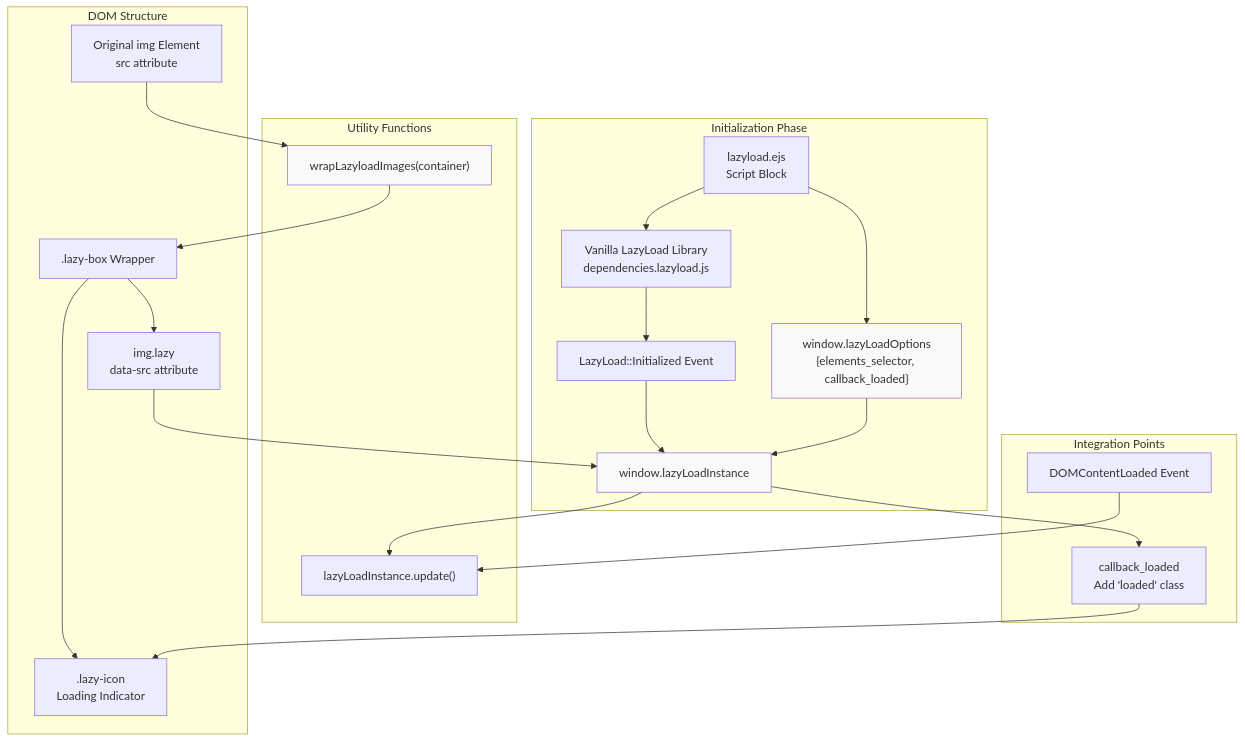
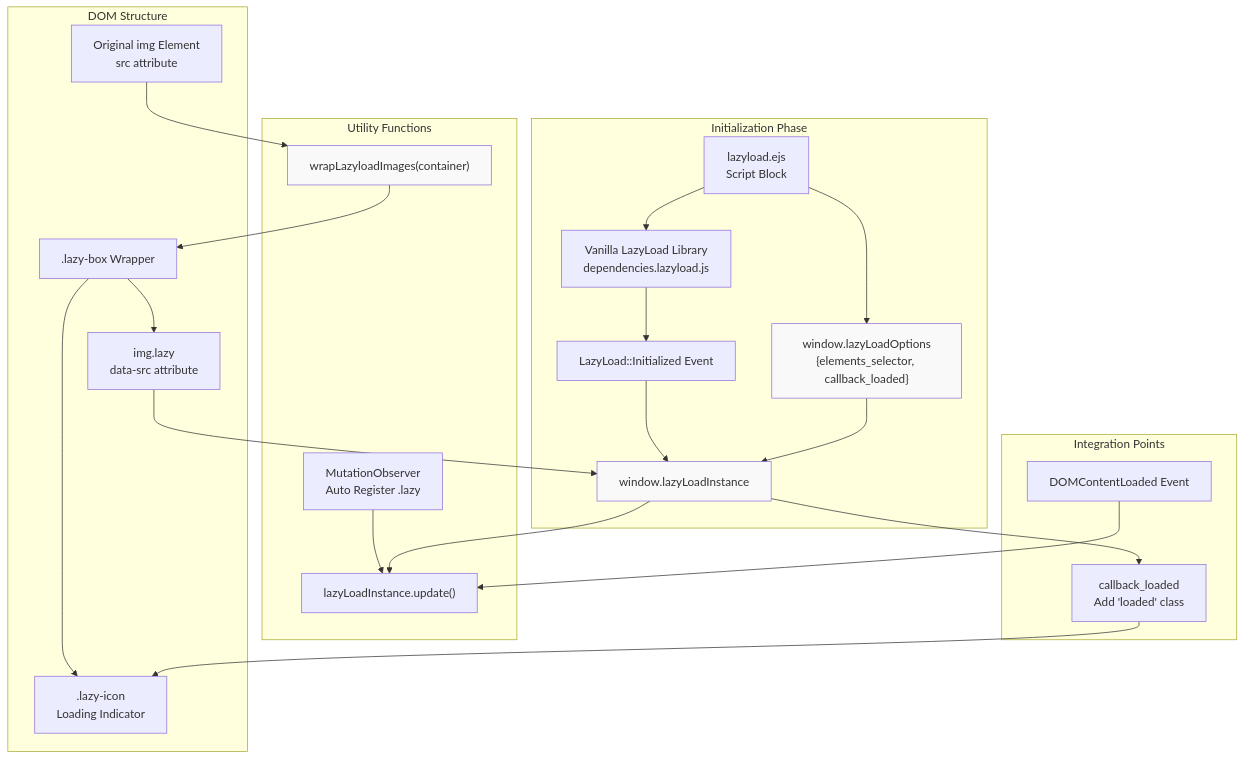
One commit to penndu/hexo changed the first of 4 diagrams in themes/stellar/docs/knowledge/07-外部集成/lazy-loading-images.md. Above: the diagram before and after it, drawn with Mermaid. The commit also changed other lines of this file and 18 other files, not shown here.

````diff
--- a/themes/stellar/docs/knowledge/07-外部集成/lazy-loading-images.md
+++ b/themes/stellar/docs/knowledge/07-外部集成/lazy-loading-images.md
@@ -52,50 +52,52 @@
 ```mermaid
 graph TB
     subgraph "Initialization Phase"
         SCRIPT["lazyload.ejs<br/>Script Block"]
         CDN["Vanilla LazyLoad Library<br/>dependencies.lazyload.js"]
         OPTIONS["window.lazyLoadOptions<br/>{elements_selector, callback_loaded}"]
         EVENT["LazyLoad::Initialized Event"]
         INSTANCE["window.lazyLoadInstance"]
     end
     
     subgraph "DOM Structure"
         IMG["Original img Element<br/>src attribute"]
         LAZYBOX[".lazy-box Wrapper"]
         LAZYIMG["img.lazy<br/>data-src attribute"]
         LAZYICON[".lazy-icon<br/>Loading Indicator"]
     end
     
     subgraph "Utility Functions"
         WRAP["wrapLazyloadImages(container)"]
+        MUTATION["MutationObserver<br/>Auto Register .lazy"]
         UPDATE["lazyLoadInstance.update()"]
     end
     
     subgraph "Integration Points"
         DOMREADY["DOMContentLoaded Event"]
         CALLBACK["callback_loaded<br/>Add 'loaded' class"]
     end
     
     SCRIPT --> CDN
     SCRIPT --> OPTIONS
     CDN --> EVENT
     EVENT --> INSTANCE
     
     IMG --> WRAP
     WRAP --> LAZYBOX
     LAZYBOX --> LAZYIMG
     LAZYBOX --> LAZYICON
+    MUTATION --> UPDATE
     
     OPTIONS --> INSTANCE
     INSTANCE --> UPDATE
     
     DOMREADY --> UPDATE
     
     LAZYIMG --> INSTANCE
     INSTANCE --> CALLBACK
     CALLBACK --> LAZYICON
     
     style INSTANCE fill:#f9f9f9
     style WRAP fill:#f9f9f9
     style OPTIONS fill:#f9f9f9
 ```
````
